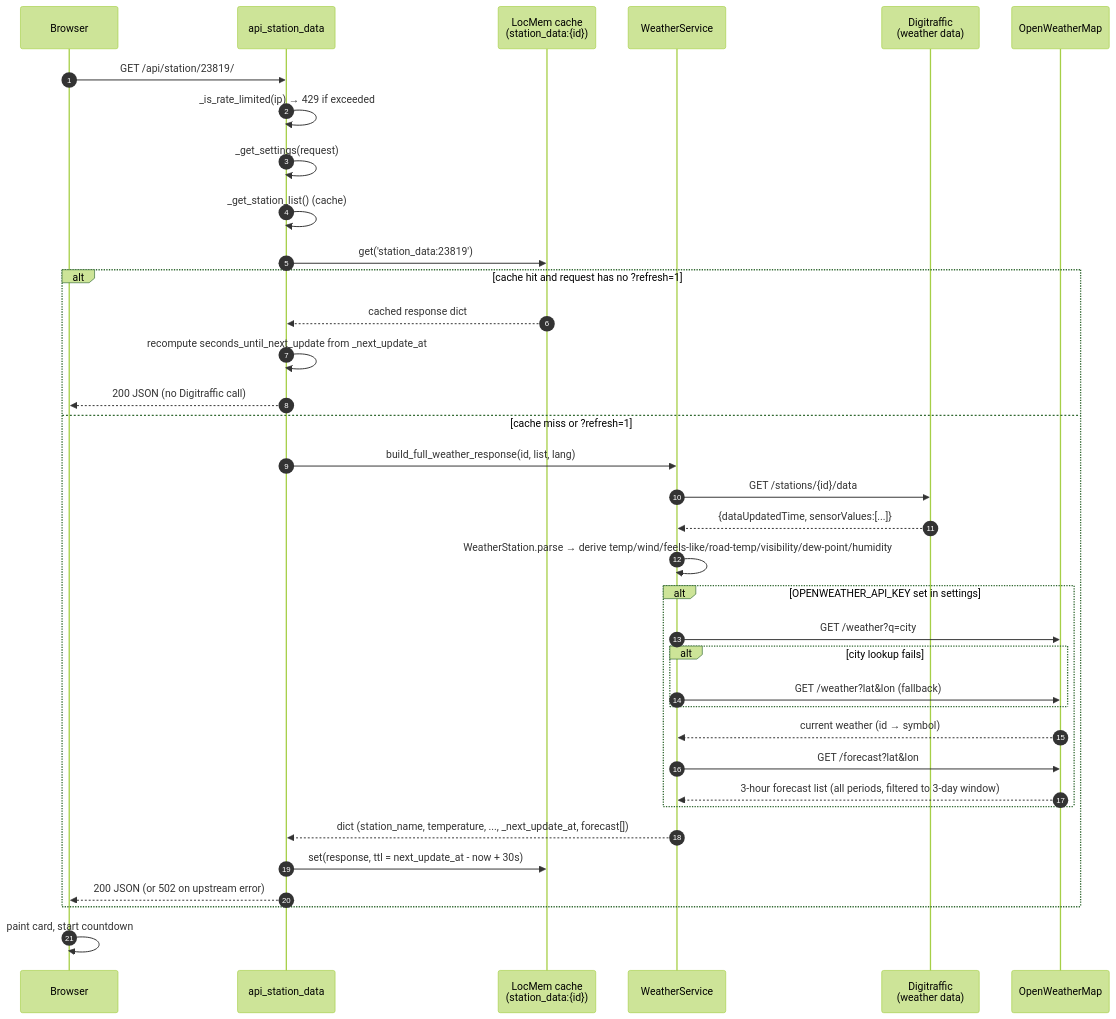
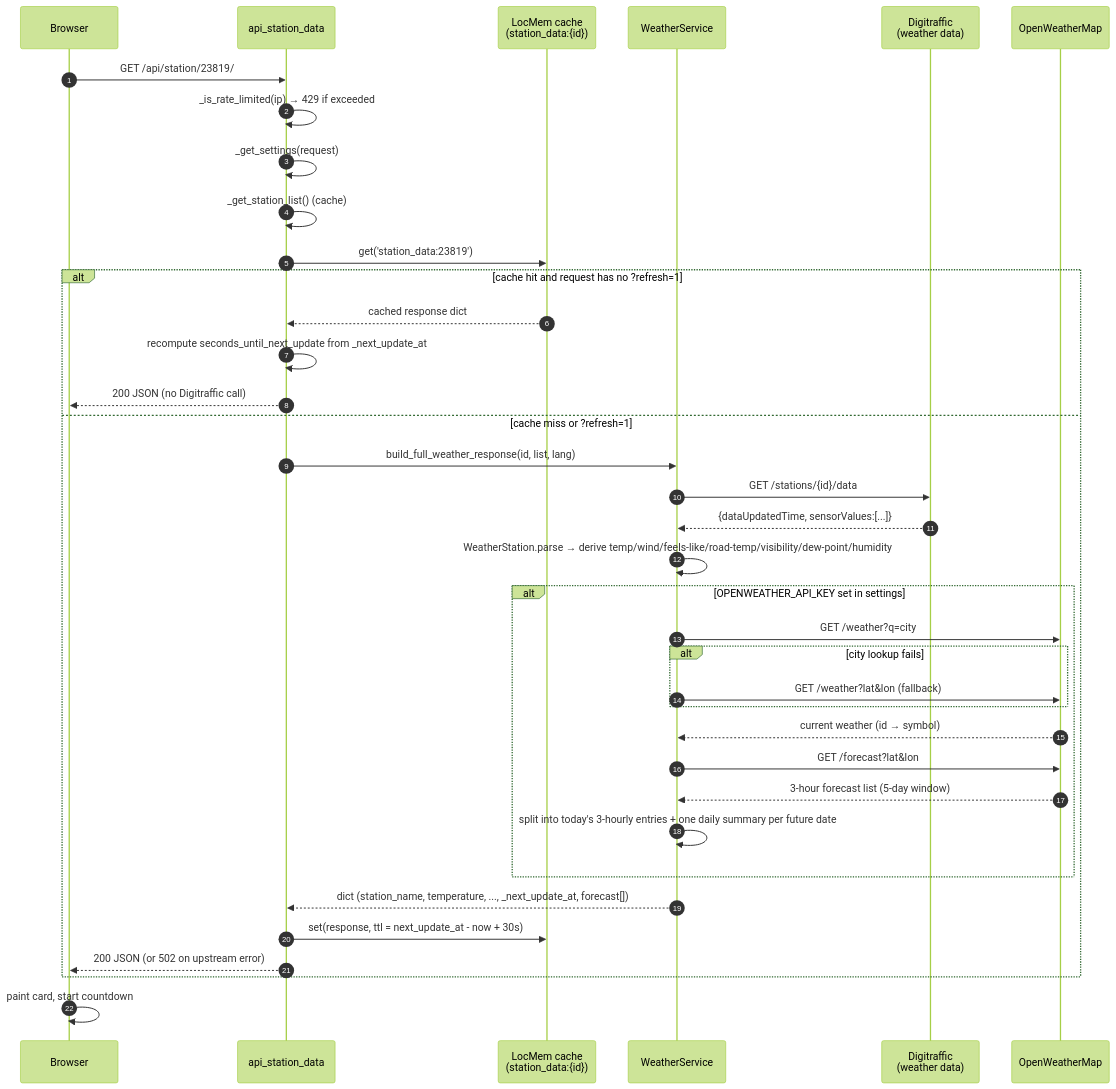
One commit to jjankkil/weatherview-django changed the fourth of 9 diagrams in docs/ARCHITECTURE.md. Above: the diagram before and after it, drawn with Mermaid (forest theme). The commit also changed other lines of this file and 4 other files, not shown here.

Commit message:
Use 3-hour forecasts only for the current day, and daily forecasts for the next days.

````diff
--- a/docs/ARCHITECTURE.md
+++ b/docs/ARCHITECTURE.md
@@ -221,39 +221,40 @@
 ```mermaid
 sequenceDiagram
     autonumber
     participant Browser
     participant View as api_station_data
     participant SC as LocMem cache<br/>(station_data:{id})
     participant WS as WeatherService
     participant DT as Digitraffic<br/>(weather data)
     participant OWM as OpenWeatherMap
 
     Browser->>View: GET /api/station/23819/
     View->>View: _is_rate_limited(ip) → 429 if exceeded
     View->>View: _get_settings(request)
     View->>View: _get_station_list() (cache)
     View->>SC: get('station_data:23819')
     alt cache hit and request has no ?refresh=1
         SC-->>View: cached response dict
         View->>View: recompute seconds_until_next_update from _next_update_at
         View-->>Browser: 200 JSON (no Digitraffic call)
     else cache miss or ?refresh=1
         View->>WS: build_full_weather_response(id, list, lang)
         WS->>DT: GET /stations/{id}/data
         DT-->>WS: {dataUpdatedTime, sensorValues:[...]}
         WS->>WS: WeatherStation.parse → derive temp/wind/feels-like/road-temp/visibility/dew-point/humidity
         alt OPENWEATHER_API_KEY set in settings
             WS->>OWM: GET /weather?q=city
             alt city lookup fails
                 WS->>OWM: GET /weather?lat&lon (fallback)
             end
             OWM-->>WS: current weather (id → symbol)
             WS->>OWM: GET /forecast?lat&lon
-            OWM-->>WS: 3-hour forecast list (all periods, filtered to 3-day window)
+            OWM-->>WS: 3-hour forecast list (5-day window)
+            WS->>WS: split into today's 3-hourly entries + one daily summary per future date
         end
         WS-->>View: dict (station_name, temperature, ..., _next_update_at, forecast[])
         View->>SC: set(response, ttl = next_update_at - now + 30s)
         View-->>Browser: 200 JSON (or 502 on upstream error)
     end
     Browser->>Browser: paint card, start countdown
 ```
````
